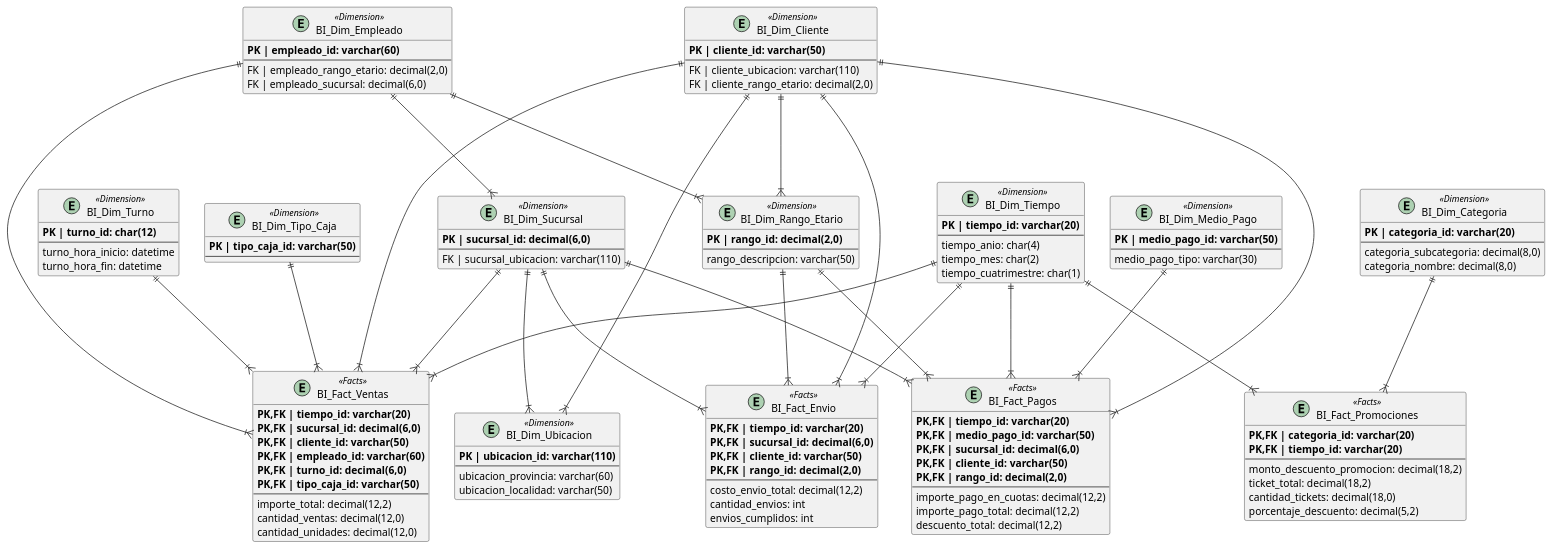
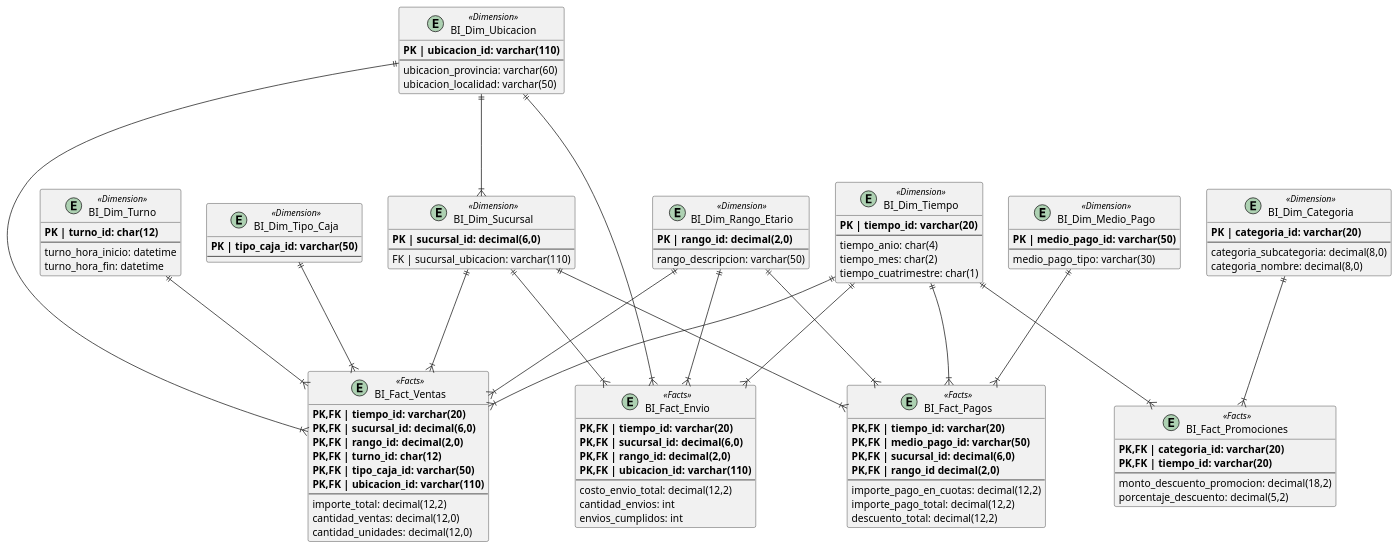
One commit to NicolasPin/GDD changed the diagram in DERs/DER_BI/src/DERBI.puml. Above: the diagram before and after it, drawn with PlantUML.

Commit message:
Actualiza DER BI

```diff
--- a/DERs/DER_BI/src/DERBI.puml
+++ b/DERs/DER_BI/src/DERBI.puml
@@ -1,142 +1,120 @@
 @startuml
 
 entity BI_Dim_Tiempo <<Dimension>> {
     **PK | tiempo_id: varchar(20)**
     --
     tiempo_anio: char(4)
     tiempo_mes: char(2)
     tiempo_cuatrimestre: char(1)
 }
 
 entity BI_Dim_Ubicacion <<Dimension>> {
     **PK | ubicacion_id: varchar(110)**
     --
     ubicacion_provincia: varchar(60)
     ubicacion_localidad: varchar(50)
 }
 
 entity BI_Dim_Sucursal <<Dimension>> {
     **PK | sucursal_id: decimal(6,0)**
     --
     FK | sucursal_ubicacion: varchar(110)
 }
 
 entity BI_Dim_Rango_Etario <<Dimension>> {
     **PK | rango_id: decimal(2,0)**
     --
     rango_descripcion: varchar(50)
-}
-
-entity BI_Dim_Cliente <<Dimension>> {
-    **PK | cliente_id: varchar(50)**
-    --
-    FK | cliente_ubicacion: varchar(110)
-    FK | cliente_rango_etario: decimal(2,0)
-}
-
-entity BI_Dim_Empleado <<Dimension>> {
-    **PK | empleado_id: varchar(60)**
-    --
-    FK | empleado_rango_etario: decimal(2,0)
-    FK | empleado_sucursal: decimal(6,0)
 }
 
 entity BI_Dim_Turno <<Dimension>> {
     **PK | turno_id: char(12)**
     --
     turno_hora_inicio: datetime
     turno_hora_fin: datetime
 }
 
 entity BI_Dim_Medio_Pago <<Dimension>> {
     **PK | medio_pago_id: varchar(50)**
     --
     medio_pago_tipo: varchar(30)
 }
 
 entity BI_Dim_Categoria <<Dimension>> {
     **PK | categoria_id: varchar(20)**
     --
     categoria_subcategoria: decimal(8,0)
     categoria_nombre: decimal(8,0)
 }
 
 entity BI_Dim_Tipo_Caja <<Dimension>> {
     **PK | tipo_caja_id: varchar(50)**
     --
 }
 
 entity BI_Fact_Ventas <<Facts>> {
     **PK,FK | tiempo_id: varchar(20)**
     **PK,FK | sucursal_id: decimal(6,0)**
-    **PK,FK | cliente_id: varchar(50)**
-    **PK,FK | empleado_id: varchar(60)**
-    **PK,FK | turno_id: decimal(6,0)**
+    **PK,FK | rango_id: decimal(2,0)**
+    **PK,FK | turno_id: char(12)**
     **PK,FK | tipo_caja_id: varchar(50)**
+    **PK,FK | ubicacion_id: varchar(110)**
     --
     importe_total: decimal(12,2)
     cantidad_ventas: decimal(12,0)
     cantidad_unidades: decimal(12,0)
 }
 
 entity BI_Fact_Promociones <<Facts>> {
     **PK,FK | categoria_id: varchar(20)**
     **PK,FK | tiempo_id: varchar(20)**
     --
     monto_descuento_promocion: decimal(18,2)
-    ticket_total: decimal(18,2)
-    cantidad_tickets: decimal(18,0)
     porcentaje_descuento: decimal(5,2)
 }
 
 entity BI_Fact_Pagos <<Facts>> {
     **PK,FK | tiempo_id: varchar(20)**
     **PK,FK | medio_pago_id: varchar(50)**
     **PK,FK | sucursal_id: decimal(6,0)**
-    **PK,FK | cliente_id: varchar(50)**
-    **PK,FK | rango_id: decimal(2,0)**
+    **PK,FK | rango_id decimal(2,0)**
     --
     importe_pago_en_cuotas: decimal(12,2)
     importe_pago_total: decimal(12,2)
     descuento_total: decimal(12,2)
 }
 
 entity BI_Fact_Envio <<Facts>> {
     **PK,FK | tiempo_id: varchar(20)**
     **PK,FK | sucursal_id: decimal(6,0)**
-    **PK,FK | cliente_id: varchar(50)**
     **PK,FK | rango_id: decimal(2,0)**
+    **PK,FK | ubicacion_id: varchar(110)**
     --
     costo_envio_total: decimal(12,2)
     cantidad_envios: int
     envios_cumplidos: int
 }
 
 BI_Dim_Tiempo ||---|{ BI_Fact_Ventas
 BI_Dim_Sucursal ||---|{ BI_Fact_Ventas
-BI_Dim_Cliente ||---|{ BI_Fact_Ventas
-BI_Dim_Empleado ||---|{ BI_Fact_Ventas
+BI_Dim_Rango_Etario ||---|{ BI_Fact_Ventas
 BI_Dim_Turno ||---|{ BI_Fact_Ventas
 BI_Dim_Tipo_Caja ||---|{ BI_Fact_Ventas
+BI_Dim_Ubicacion ||---|{ BI_Fact_Ventas
 
 BI_Dim_Tiempo ||---|{ BI_Fact_Promociones
 BI_Dim_Categoria ||---|{ BI_Fact_Promociones
 
 BI_Dim_Tiempo ||---|{ BI_Fact_Pagos
 BI_Dim_Medio_Pago ||---|{ BI_Fact_Pagos
 BI_Dim_Sucursal ||---|{ BI_Fact_Pagos
-BI_Dim_Cliente ||---|{ BI_Fact_Pagos
 BI_Dim_Rango_Etario ||---|{ BI_Fact_Pagos
 
 BI_Dim_Tiempo ||---|{ BI_Fact_Envio
 BI_Dim_Sucursal ||---|{ BI_Fact_Envio
-BI_Dim_Cliente ||---|{ BI_Fact_Envio
 BI_Dim_Rango_Etario ||---|{ BI_Fact_Envio
+BI_Dim_Ubicacion ||---|{ BI_Fact_Envio
 
-BI_Dim_Sucursal ||---|{ BI_Dim_Ubicacion
-BI_Dim_Cliente ||----|{ BI_Dim_Ubicacion
-BI_Dim_Empleado ||---|{ BI_Dim_Sucursal
-BI_Dim_Empleado ||--|{ BI_Dim_Rango_Etario
-BI_Dim_Cliente ||---|{ BI_Dim_Rango_Etario
+BI_Dim_Ubicacion ||---|{ BI_Dim_Sucursal
 
 @enduml
```
